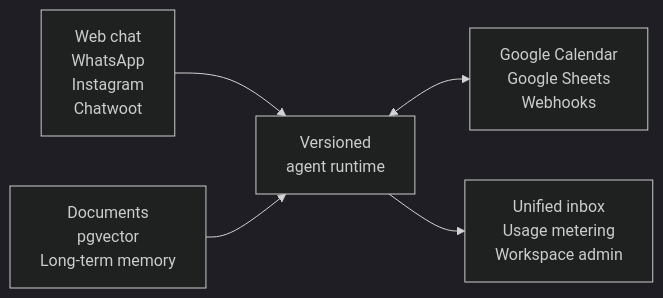
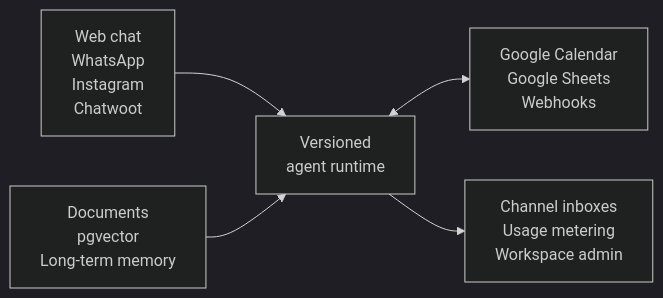
The diagram in README.md (NordicAgents/vibesboard), drawn with Mermaid (dark theme) before and after one commit. The commit also changed other lines of this file and 54 other files, not shown here.

````diff
--- a/README.md
+++ b/README.md
@@ -52,7 +52,7 @@
 ```mermaid
 flowchart LR
     C["Web chat<br/>WhatsApp<br/>Instagram<br/>Chatwoot"] --> A["Versioned<br/>agent runtime"]
     K["Documents<br/>pgvector<br/>Long-term memory"] --> A
     A <--> T["Google Calendar<br/>Google Sheets<br/>Webhooks"]
-    A --> O["Unified inbox<br/>Usage metering<br/>Workspace admin"]
+    A --> O["Channel inboxes<br/>Usage metering<br/>Workspace admin"]
 ```
````
